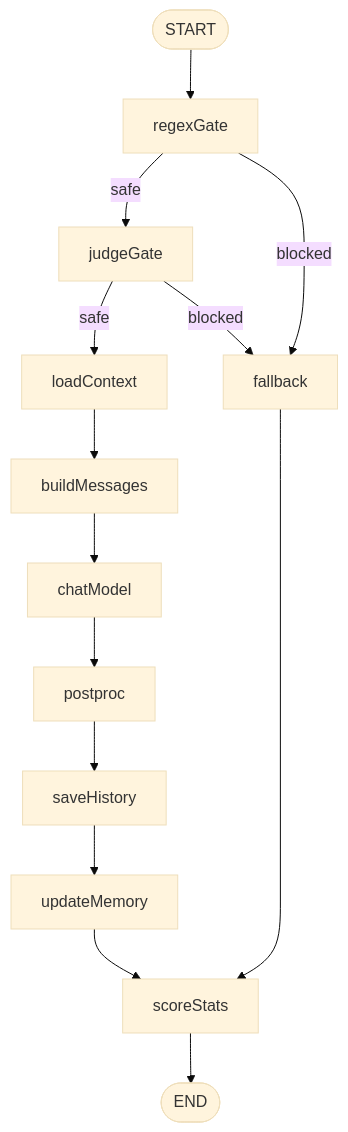
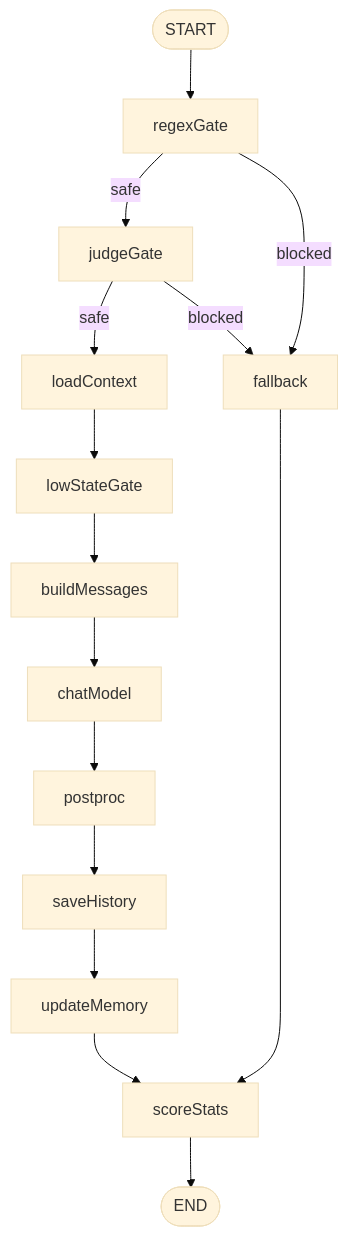
Before and after one commit to CoucouMonEcho/llm-bot: the second of 2 diagrams in README.md, drawn with Mermaid (base theme). The commit also changed other lines of this file and 21 other files, not shown here.

````diff
--- a/README.md
+++ b/README.md
@@ -32,13 +34,13 @@
 ```mermaid
 flowchart TD
     START([START]) --> regexGate
     regexGate -- safe --> judgeGate
     regexGate -- blocked --> fallback
     judgeGate -- safe --> loadContext
     judgeGate -- blocked --> fallback
-    loadContext --> buildMessages --> chatModel
+    loadContext --> lowStateGate --> buildMessages --> chatModel
     chatModel --> postproc
     postproc --> saveHistory --> updateMemory --> scoreStats
     fallback --> scoreStats
     scoreStats --> END([END])
 ```
````
